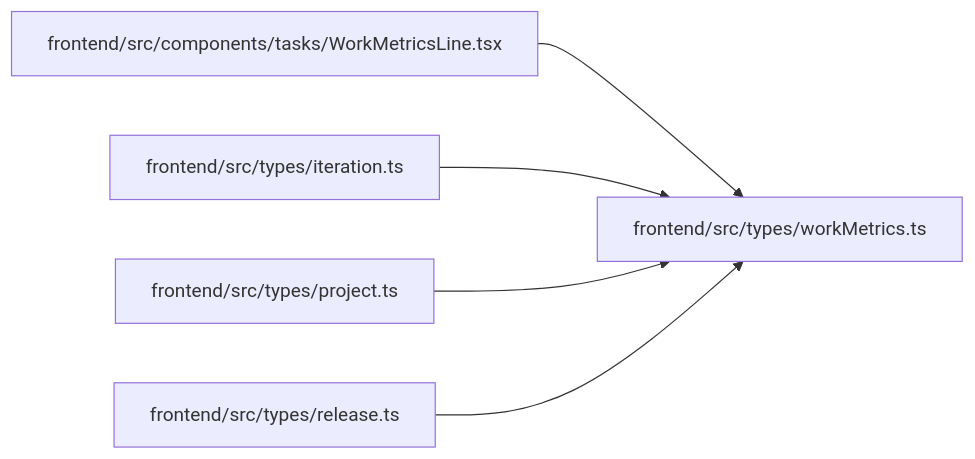
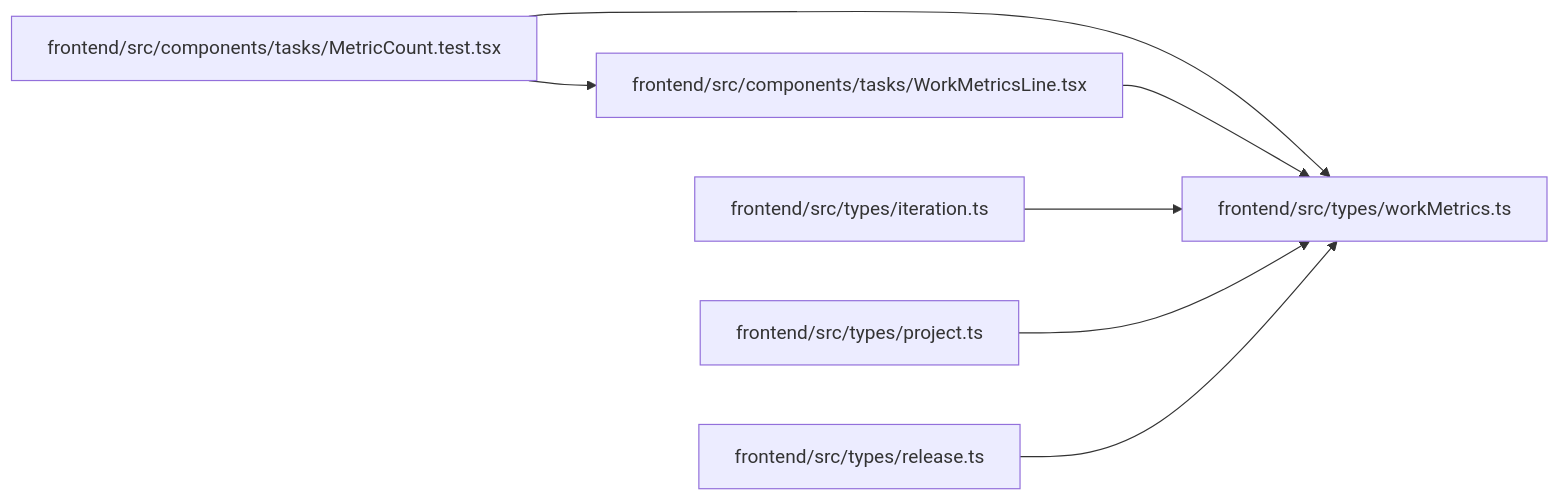
The diagram in docs/llm_wiki/modules/workMetrics.md (Denissvgn/WorkChord), drawn with Mermaid before and after one commit. The commit also changed other lines of this file and 543 other files, not shown here.

````diff
--- a/docs/llm_wiki/modules/workMetrics.md
+++ b/docs/llm_wiki/modules/workMetrics.md
@@ -20,17 +20,21 @@
 ```mermaid
 flowchart LR
-    n0["frontend/src/components/tasks/WorkMetricsLine.tsx"]
-    n1["frontend/src/types/iteration.ts"]
-    n2["frontend/src/types/project.ts"]
-    n3["frontend/src/types/release.ts"]
-    n4["frontend/src/types/workMetrics.ts"]
-    n0 --> n4
-    n1 --> n4
-    n2 --> n4
-    n3 --> n4
-    click n0 "../modules/WorkMetricsLine.md"
-    click n1 "../modules/types_iteration.md"
-    click n2 "../modules/types_project.md"
-    click n3 "../modules/types_release.md"
-    click n4 "../modules/workMetrics.md"
+    n0["frontend/src/components/tasks/MetricCount.test.tsx"]
+    n1["frontend/src/components/tasks/WorkMetricsLine.tsx"]
+    n2["frontend/src/types/iteration.ts"]
+    n3["frontend/src/types/project.ts"]
+    n4["frontend/src/types/release.ts"]
+    n5["frontend/src/types/workMetrics.ts"]
+    n0 --> n1
+    n0 --> n5
+    n1 --> n5
+    n2 --> n5
+    n3 --> n5
+    n4 --> n5
+    click n0 "../modules/MetricCount.test.md"
+    click n1 "../modules/WorkMetricsLine.md"
+    click n2 "../modules/types_iteration.md"
+    click n3 "../modules/types_project.md"
+    click n4 "../modules/types_release.md"
+    click n5 "../modules/workMetrics.md"
 ```
````
